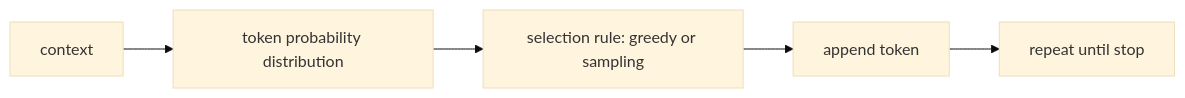
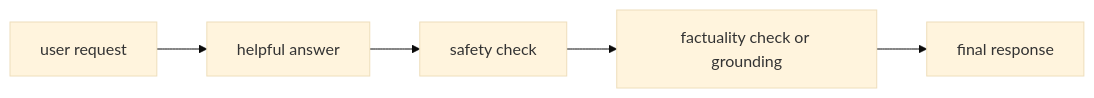
Before and after one commit to devchan64/AiBook: the diagram in docs/parts/part-05/chapter-08/section-02.md, drawn with Mermaid (base theme). The commit also changed other lines of this file and 47 other files, not shown here.

````diff
--- a/docs/parts/part-05/chapter-08/section-02.md
+++ b/docs/parts/part-05/chapter-08/section-02.md
@@ -92,10 +94,13 @@
 ```mermaid
 flowchart LR
-  A["context"]
-  B["token probability distribution"]
-  C["selection rule: greedy or sampling"]
-  D["append token"]
-  E["repeat until stop"]
+  A["user request"]
+  B["helpful answer"]
+  C["safety check"]
+  D["factuality check or grounding"]
+  E["final response"]
 
-  A --> B --> C --> D --> E
+  A --> B
+  B --> C
+  C --> D
+  D --> E
 ```
````
